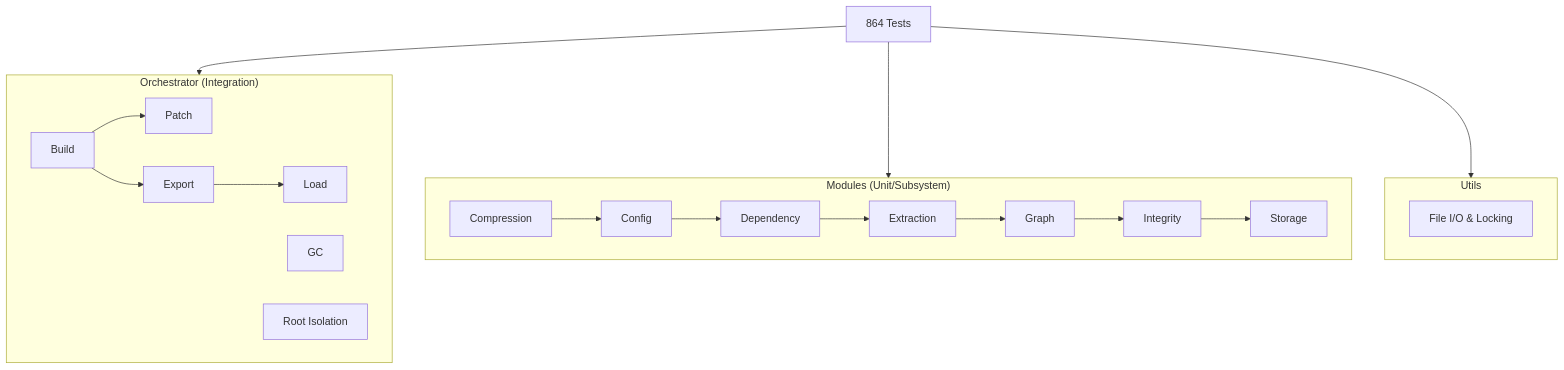
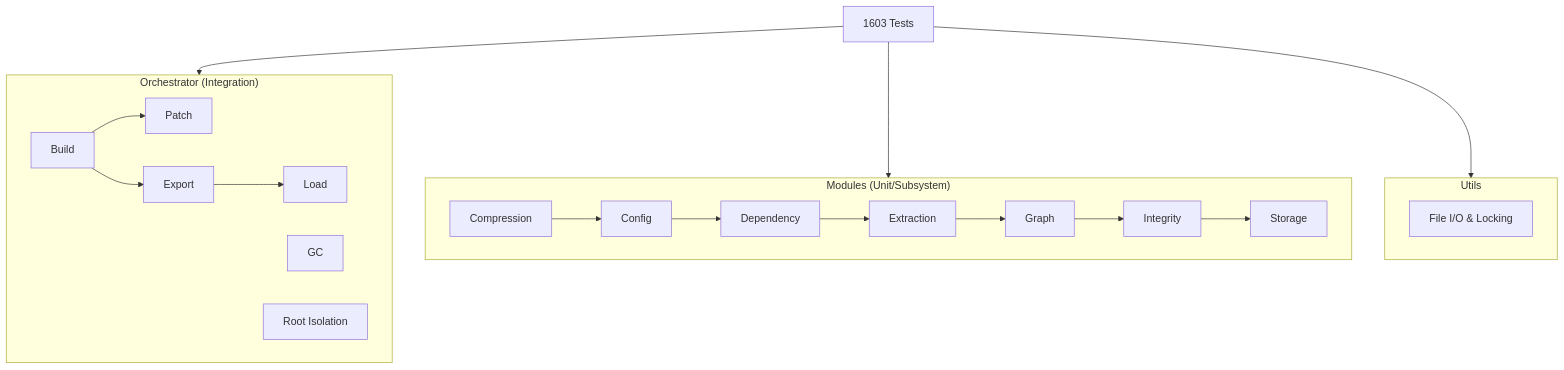
One commit to sageoz/Batho changed the diagram in docs-site/docs/tests/index.md. Above: the diagram before and after it, drawn with Mermaid. The commit also changed other lines of this file and 13 other files, not shown here.

````diff
--- a/docs-site/docs/tests/index.md
+++ b/docs-site/docs/tests/index.md
@@ -47,24 +47,24 @@
 ```mermaid
 flowchart TB
     subgraph Orchestrator["Orchestrator (Integration)"]
         B[Build] --> P[Patch]
         B --> E[Export]
         E --> L[Load]
         G[GC]
         R[Root Isolation]
     end
     subgraph Modules["Modules (Unit/Subsystem)"]
         C[Compression] --> CO[Config]
         CO --> D[Dependency]
         D --> EX[Extraction]
         EX --> GR[Graph]
         GR --> I[Integrity]
         I --> S[Storage]
     end
     subgraph Utils["Utils"]
         U[File I/O & Locking]
     end
-    Suite[864 Tests] --> Orchestrator
+    Suite[1603 Tests] --> Orchestrator
     Suite --> Modules
     Suite --> Utils
 ```
````
